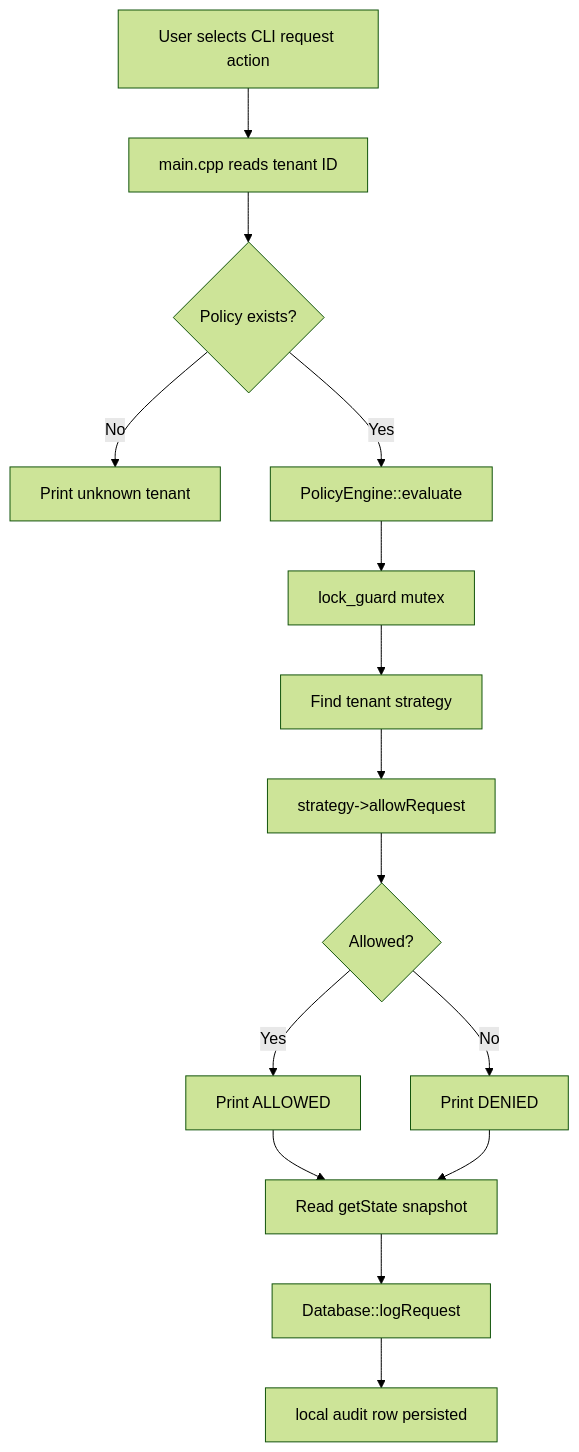
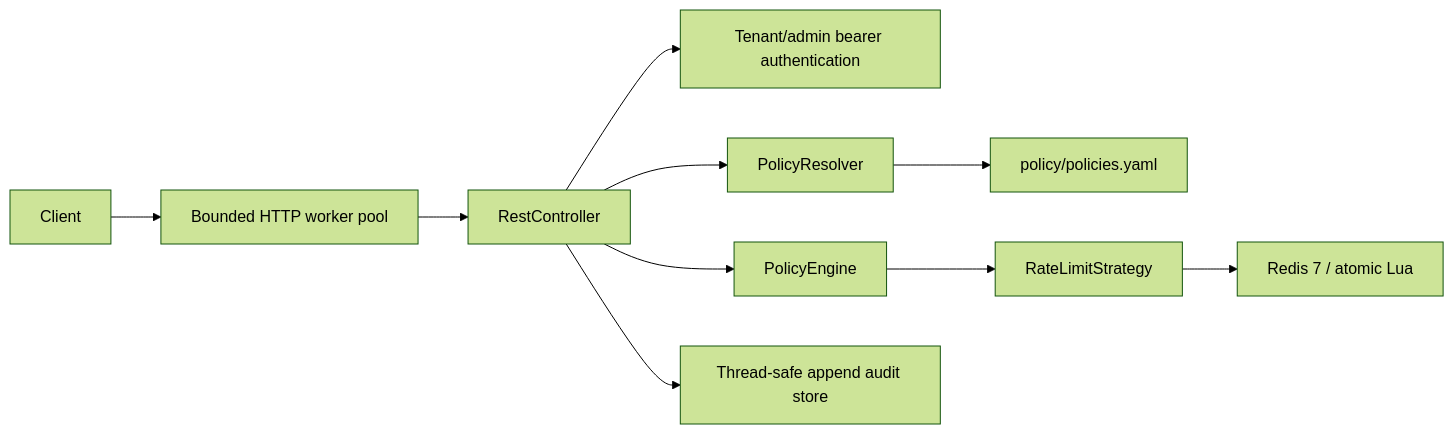
The diagram in README.md (suryans77/Policy-Driven-Rate-Limiting-Engine), drawn with Mermaid (forest theme) before and after one commit. The commit also changed other lines of this file and 31 other files, not shown here.

````diff
--- a/README.md
+++ b/README.md
@@ -89,17 +22,12 @@
-```mermaid
-flowchart TD
-    A["User selects CLI request action"] --> B["main.cpp reads tenant ID"]
-    B --> C{"Policy exists?"}
-    C -- "No" --> D["Print unknown tenant"]
-    C -- "Yes" --> E["PolicyEngine::evaluate"]
-    E --> F["lock_guard mutex"]
-    F --> G["Find tenant strategy"]
-    G --> H["strategy->allowRequest"]
-    H --> I{"Allowed?"}
-    I -- "Yes" --> J["Print ALLOWED"]
-    I -- "No" --> K["Print DENIED"]
-    J --> L["Read getState snapshot"]
-    K --> L
-    L --> M["Database::logRequest"]
-    M --> N["local audit row persisted"]
-```
+~~~mermaid
+flowchart LR
+    Client --> Server["Bounded HTTP worker pool"]
+    Server --> Controller["RestController"]
+    Controller --> Auth["Tenant/admin bearer authentication"]
+    Controller --> Resolver["PolicyResolver"]
+    Resolver --> Policies["policy/policies.yaml"]
+    Controller --> Engine["PolicyEngine"]
+    Engine --> Strategies["RateLimitStrategy"]
+    Strategies --> Redis["Redis 7 / atomic Lua"]
+    Controller --> Audit["Thread-safe append audit store"]
+~~~
````
